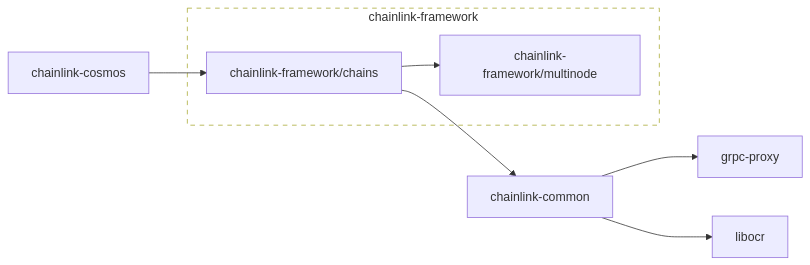
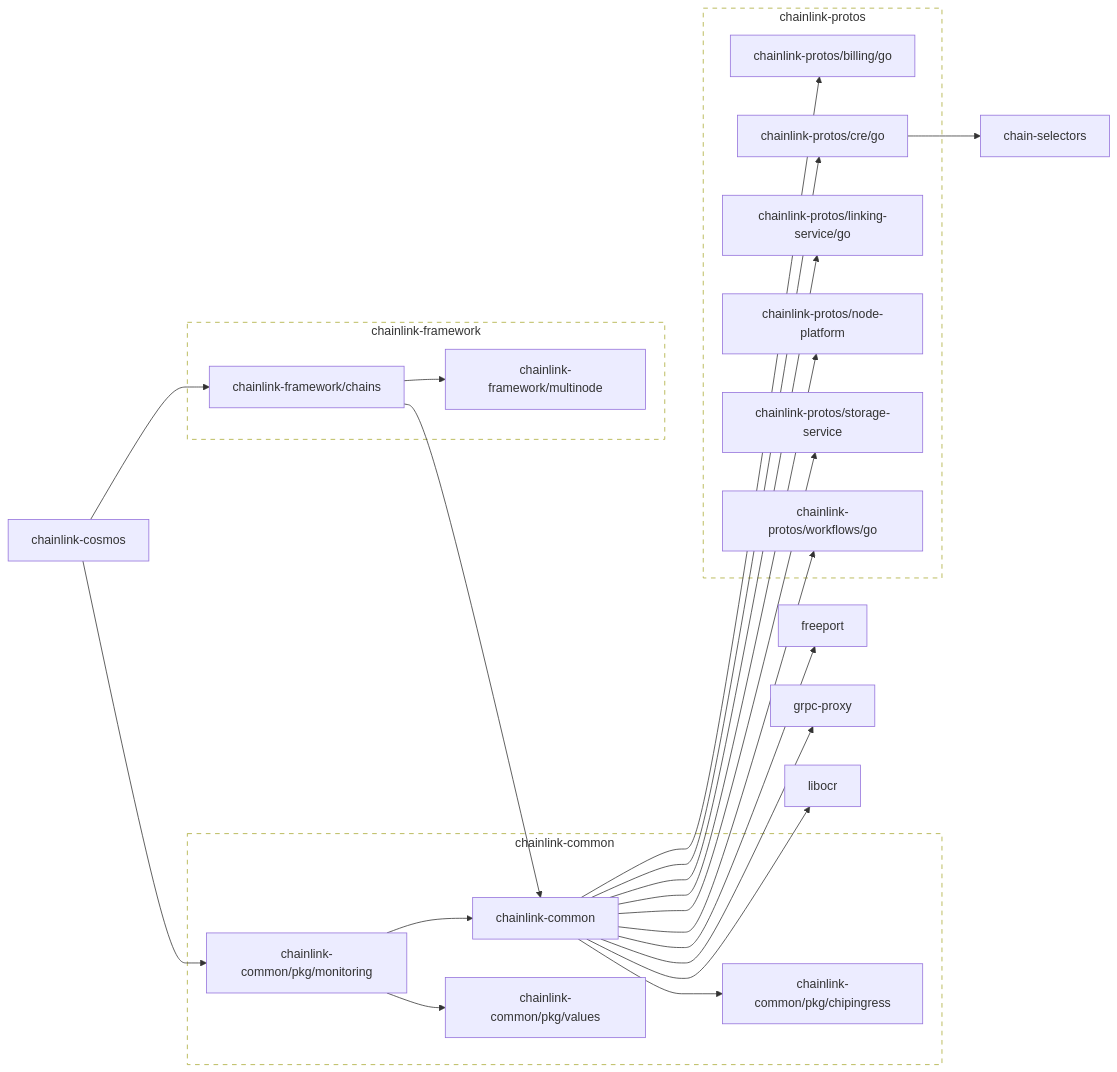
One commit to smartcontractkit/chainlink-cosmos changed the first of 2 diagrams in go.md. Above: the diagram before and after it, drawn with Mermaid. The commit also changed other lines of this file and 13 other files, not shown here.

````diff
--- a/go.md
+++ b/go.md
@@ -3,27 +3,77 @@
 ```mermaid
 flowchart LR
 
+	chain-selectors
+	click chain-selectors href "https://github.com/smartcontractkit/chain-selectors"
+	chainlink-common --> chainlink-common/pkg/chipingress
+	chainlink-common --> chainlink-protos/billing/go
+	chainlink-common --> chainlink-protos/cre/go
+	chainlink-common --> chainlink-protos/linking-service/go
+	chainlink-common --> chainlink-protos/node-platform
+	chainlink-common --> chainlink-protos/storage-service
+	chainlink-common --> chainlink-protos/workflows/go
+	chainlink-common --> freeport
 	chainlink-common --> grpc-proxy
 	chainlink-common --> libocr
 	click chainlink-common href "https://github.com/smartcontractkit/chainlink-common"
+	chainlink-common/pkg/chipingress
+	click chainlink-common/pkg/chipingress href "https://github.com/smartcontractkit/chainlink-common"
+	chainlink-common/pkg/monitoring --> chainlink-common
+	chainlink-common/pkg/monitoring --> chainlink-common/pkg/values
+	click chainlink-common/pkg/monitoring href "https://github.com/smartcontractkit/chainlink-common"
+	chainlink-common/pkg/values
+	click chainlink-common/pkg/values href "https://github.com/smartcontractkit/chainlink-common"
+	chainlink-cosmos --> chainlink-common/pkg/monitoring
 	chainlink-cosmos --> chainlink-framework/chains
 	click chainlink-cosmos href "https://github.com/smartcontractkit/chainlink-cosmos"
 	chainlink-framework/chains --> chainlink-common
 	chainlink-framework/chains --> chainlink-framework/multinode
 	click chainlink-framework/chains href "https://github.com/smartcontractkit/chainlink-framework"
 	chainlink-framework/multinode
 	click chainlink-framework/multinode href "https://github.com/smartcontractkit/chainlink-framework"
+	chainlink-protos/billing/go
+	click chainlink-protos/billing/go href "https://github.com/smartcontractkit/chainlink-protos"
+	chainlink-protos/cre/go --> chain-selectors
+	click chainlink-protos/cre/go href "https://github.com/smartcontractkit/chainlink-protos"
+	chainlink-protos/linking-service/go
+	click chainlink-protos/linking-service/go href "https://github.com/smartcontractkit/chainlink-protos"
+	chainlink-protos/node-platform
+	click chainlink-protos/node-platform href "https://github.com/smartcontractkit/chainlink-protos"
+	chainlink-protos/storage-service
+	click chainlink-protos/storage-service href "https://github.com/smartcontractkit/chainlink-protos"
+	chainlink-protos/workflows/go
+	click chainlink-protos/workflows/go href "https://github.com/smartcontractkit/chainlink-protos"
+	freeport
+	click freeport href "https://github.com/smartcontractkit/freeport"
 	grpc-proxy
 	click grpc-proxy href "https://github.com/smartcontractkit/grpc-proxy"
 	libocr
 	click libocr href "https://github.com/smartcontractkit/libocr"
+
+	subgraph chainlink-common-repo[chainlink-common]
+		 chainlink-common
+		 chainlink-common/pkg/chipingress
+		 chainlink-common/pkg/monitoring
+		 chainlink-common/pkg/values
+	end
+	click chainlink-common-repo href "https://github.com/smartcontractkit/chainlink-common"
 
 	subgraph chainlink-framework-repo[chainlink-framework]
 		 chainlink-framework/chains
 		 chainlink-framework/multinode
 	end
 	click chainlink-framework-repo href "https://github.com/smartcontractkit/chainlink-framework"
 
+	subgraph chainlink-protos-repo[chainlink-protos]
+		 chainlink-protos/billing/go
+		 chainlink-protos/cre/go
+		 chainlink-protos/linking-service/go
+		 chainlink-protos/node-platform
+		 chainlink-protos/storage-service
+		 chainlink-protos/workflows/go
+	end
+	click chainlink-protos-repo href "https://github.com/smartcontractkit/chainlink-protos"
+
 	classDef outline stroke-dasharray:6,fill:none;
-	class chainlink-framework-repo outline
+	class chainlink-common-repo,chainlink-framework-repo,chainlink-protos-repo outline
 ```
````
